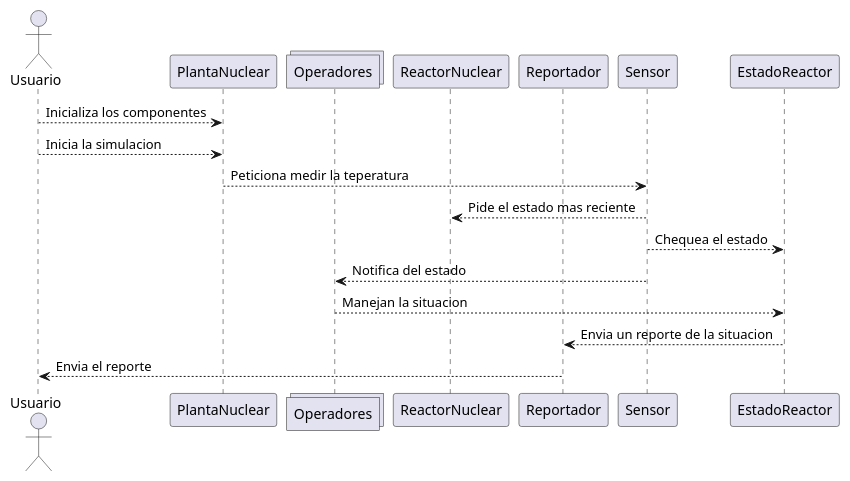
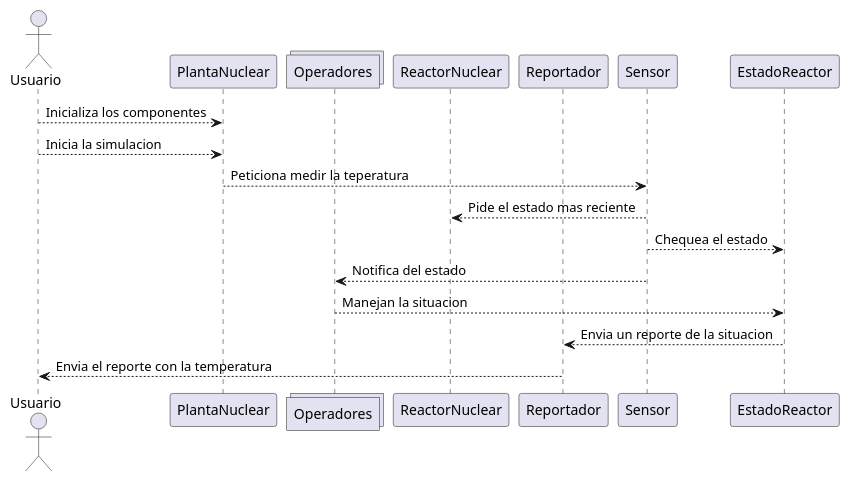
One commit to AndresRabbione/TPBackup changed the diagram in src/diagramas/diagrama_secuencia_temperatura_reactor.puml. Above: the diagram before and after it, drawn with PlantUML.

Commit message:
Cambios pequeños en el diagrama de secuencia

```diff
--- a/src/diagramas/diagrama_secuencia_temperatura_reactor.puml
+++ b/src/diagramas/diagrama_secuencia_temperatura_reactor.puml
@@ -1,23 +1,23 @@
 @startuml
 
 actor Usuario
 participant PlantaNuclear
 collections Operadores
 participant ReactorNuclear
 participant Reportador
 participant Sensor
 participant EstadoReactor
 
 
 Usuario --> PlantaNuclear: Inicializa los componentes
 Usuario --> PlantaNuclear: Inicia la simulacion
 PlantaNuclear --> Sensor: Peticiona medir la teperatura
 Sensor --> ReactorNuclear: Pide el estado mas reciente
 Sensor --> EstadoReactor: Chequea el estado
 Sensor --> Operadores: Notifica del estado
 Operadores --> EstadoReactor: Manejan la situacion
 EstadoReactor --> Reportador: Envia un reporte de la situacion
-Reportador --> Usuario: Envia el reporte
+Reportador --> Usuario: Envia el reporte con la temperatura
 
 
 @enduml
```
